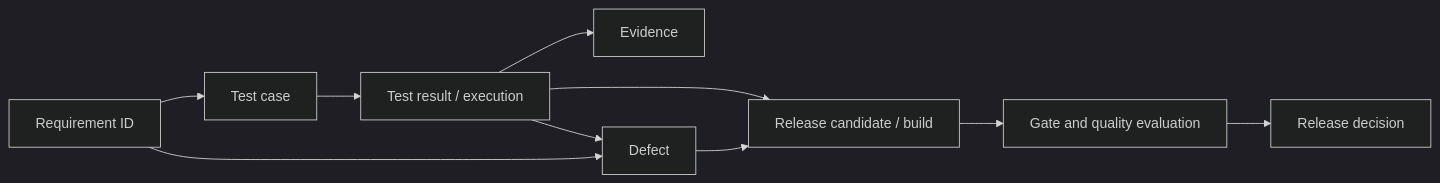
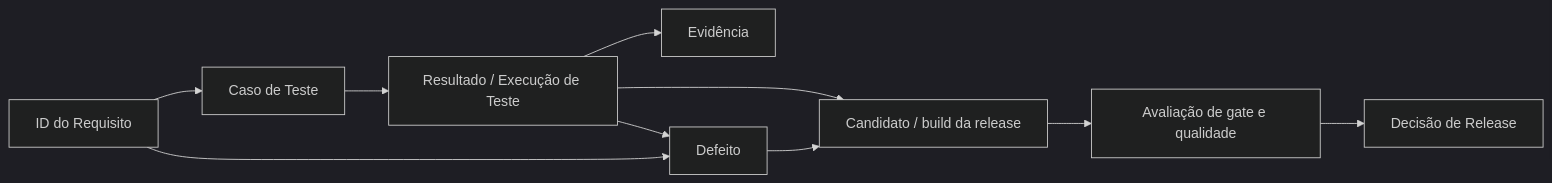
One commit to SYTEF/AEGIS changed the second of 2 diagrams in docs/DATA_MODEL.md. Above: the diagram before and after it, drawn with Mermaid (dark theme). The commit also changed other lines of this file and 15 other files, not shown here.

````diff
--- a/docs/DATA_MODEL.md
+++ b/docs/DATA_MODEL.md
@@ -199,12 +199,12 @@
-```mermaid
+~~~mermaid
 flowchart LR
-    R["Requirement ID"] --> C["Test case"]
-    C --> X["Test result / execution"]
-    X --> E["Evidence"]
-    X --> D["Defect"]
+    R["ID do Requisito"] --> C["Caso de Teste"]
+    C --> X["Resultado / Execução de Teste"]
+    X --> E["Evidência"]
+    X --> D["Defeito"]
     R --> D
-    X --> L["Release candidate / build"]
+    X --> L["Candidato / build da release"]
     D --> L
-    L --> Q["Gate and quality evaluation"]
-    Q --> Decision["Release decision"]
-```
+    L --> Q["Avaliação de gate e qualidade"]
+    Q --> Decision["Decisão de Release"]
+~~~
````
